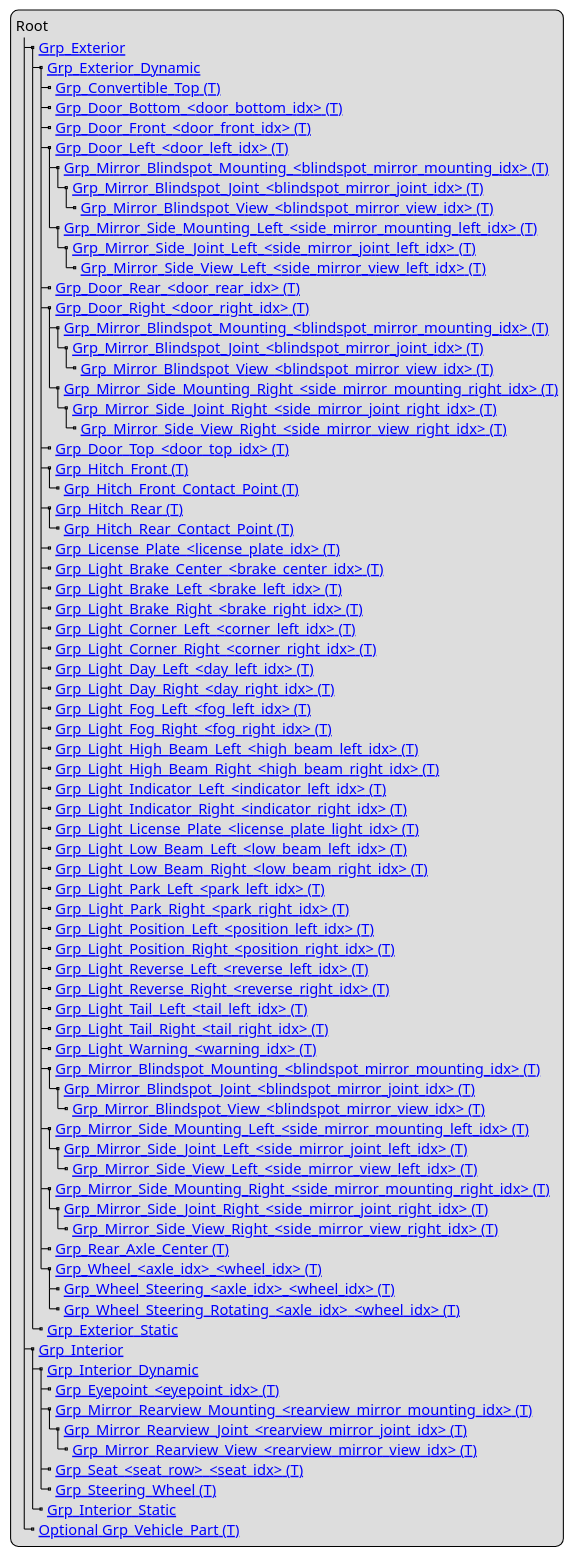
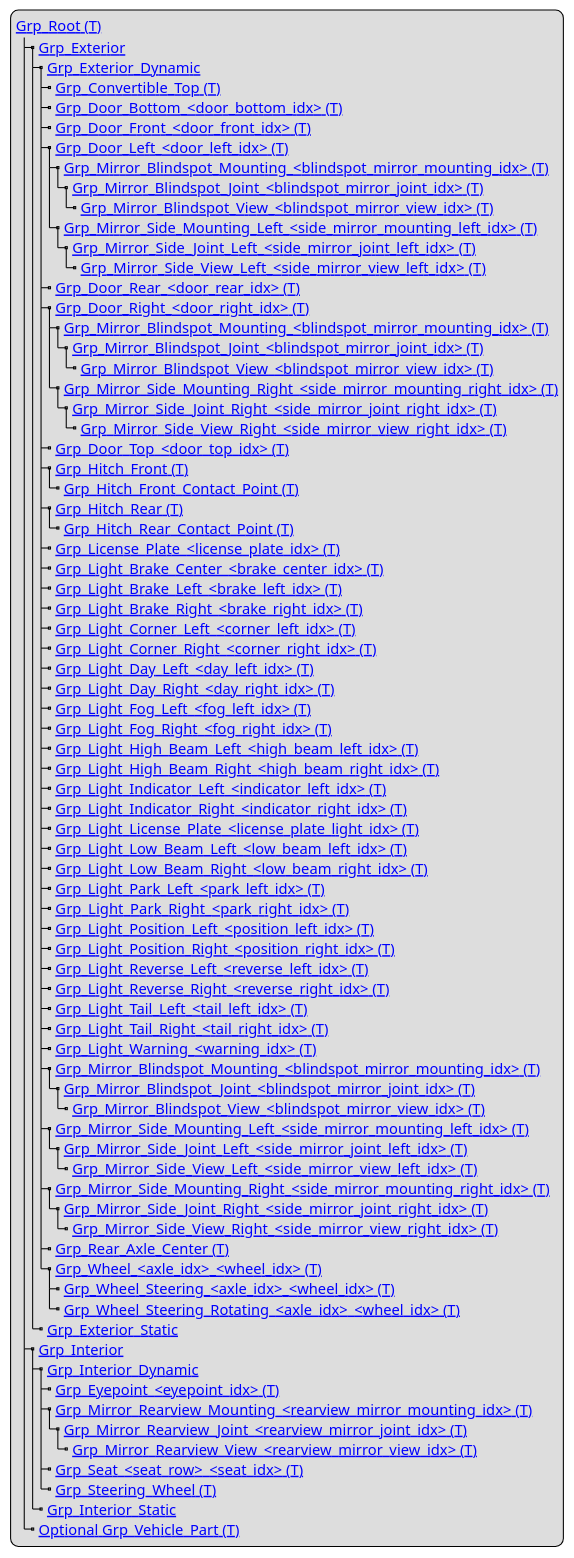
Before and after one commit to asam-ev/OpenMATERIAL: the diagram in content/geometry/object-vehicle/vehicle-structure.adoc, drawn with PlantUML.

Commit message:
Add grp root to structure

```diff
--- a/content/geometry/object-vehicle/vehicle-structure.adoc
+++ b/content/geometry/object-vehicle/vehicle-structure.adoc
@@ -9,81 +9,81 @@
 [plantuml]
 ----
 legend
-Root
+[[../geometry/object-vehicle/vehicle-index.html#_grp_root_t Grp_Root (T)]]
 |_ [[../geometry/object-vehicle/vehicle-index.html#_grp_exterior Grp_Exterior]]
   |_ [[../geometry/object-vehicle/vehicle-index.html#_grp_exterior_dynamic Grp_Exterior_Dynamic]]
     |_ [[../geometry/object-vehicle/vehicle-index.html#_grp_convertible_top Grp_Convertible_Top (T)]]
     |_ [[../geometry/object-vehicle/vehicle-index.html#_grp_door_bottom_door_bottom_idx Grp_Door_Bottom_<door_bottom_idx> (T)]]
     |_ [[../geometry/object-vehicle/vehicle-index.html#_grp_door_front_door_front_idx Grp_Door_Front_<door_front_idx> (T)]]
     |_ [[../geometry/object-vehicle/vehicle-index.html#_grp_door_left_door_left_idx Grp_Door_Left_<door_left_idx> (T)]]
       |_ [[../geometry/object-vehicle/vehicle-index.html#_grp_mirror_blindspot_mounting_blindspot_mirror_mounting_idx Grp_Mirror_Blindspot_Mounting_<blindspot_mirror_mounting_idx> (T)]]
         |_ [[../geometry/object-vehicle/vehicle-index.html#_grp_mirror_blindspot_joint_blindspot_mirror_joint_idx Grp_Mirror_Blindspot_Joint_<blindspot_mirror_joint_idx> (T)]]
           |_ [[../geometry/object-vehicle/vehicle-index.html#_grp_mirror_blindspot_view_blindspot_mirror_view_idx Grp_Mirror_Blindspot_View_<blindspot_mirror_view_idx> (T)]]
       |_ [[../geometry/object-vehicle/vehicle-index.html#_grp_mirror_side_mounting_left_side_mirror_mounting_left_idx Grp_Mirror_Side_Mounting_Left_<side_mirror_mounting_left_idx> (T)]]
         |_ [[../geometry/object-vehicle/vehicle-index.html#_grp_mirror_side_joint_left_side_mirror_joint_left_idx Grp_Mirror_Side_Joint_Left_<side_mirror_joint_left_idx>  (T)]]
           |_ [[../geometry/object-vehicle/vehicle-index.html#_grp_mirror_side_view_left_side_mirror_view_left_idx Grp_Mirror_Side_View_Left_<side_mirror_view_left_idx>  (T)]]
     |_ [[../geometry/object-vehicle/vehicle-index.html#_grp_door_rear_door_rear_idx Grp_Door_Rear_<door_rear_idx> (T)]]
     |_ [[../geometry/object-vehicle/vehicle-index.html#_grp_door_right_door_right_idx Grp_Door_Right_<door_right_idx> (T)]]
       |_ [[../geometry/object-vehicle/vehicle-index.html#_grp_mirror_blindspot_mounting_blindspot_mirror_mounting_idx Grp_Mirror_Blindspot_Mounting_<blindspot_mirror_mounting_idx> (T)]]
         |_ [[../geometry/object-vehicle/vehicle-index.html#_grp_mirror_blindspot_joint_blindspot_mirror_joint_idx Grp_Mirror_Blindspot_Joint_<blindspot_mirror_joint_idx> (T)]]
           |_ [[../geometry/object-vehicle/vehicle-index.html#_grp_mirror_blindspot_view_blindspot_mirror_view_idx Grp_Mirror_Blindspot_View_<blindspot_mirror_view_idx> (T)]]
       |_ [[../geometry/object-vehicle/vehicle-index.html#_grp_mirror_side_mounting_right_side_mirror_mounting_right_idx Grp_Mirror_Side_Mounting_Right_<side_mirror_mounting_right_idx> (T)]]
         |_ [[../geometry/object-vehicle/vehicle-index.html#_grp_mirror_side_joint_right_side_mirror_joint_right_idx Grp_Mirror_Side_Joint_Right_<side_mirror_joint_right_idx>  (T)]]
           |_ [[../geometry/object-vehicle/vehicle-index.html#_grp_mirror_side_view_right_side_mirror_view_right_idx Grp_Mirror_Side_View_Right_<side_mirror_view_right_idx>  (T)]]
     |_ [[../geometry/object-vehicle/vehicle-index.html#_grp_door_top_door_top_idx Grp_Door_Top_<door_top_idx> (T)]]
     |_ [[../geometry/object-vehicle/vehicle-index.html#_grp_hitch_front Grp_Hitch_Front (T)]]
       |_ [[../geometry/object-vehicle/vehicle-index.html#_grp_hitch_front_contact_point Grp_Hitch_Front_Contact_Point (T)]]
     |_ [[../geometry/object-vehicle/vehicle-index.html#_grp_hitch_rear Grp_Hitch_Rear (T)]]
       |_ [[../geometry/object-vehicle/vehicle-index.html#_grp_hitch_rear_contact_point Grp_Hitch_Rear_Contact_Point (T)]]
     |_ [[../geometry/object-vehicle/vehicle-index.html#_grp_license_plate_license_plate_idx Grp_License_Plate_<license_plate_idx> (T)]]
     |_ [[../geometry/object-vehicle/vehicle-index.html#_grp_light_brake_center_brake_center_idx Grp_Light_Brake_Center_<brake_center_idx> (T)]]
     |_ [[../geometry/object-vehicle/vehicle-index.html#_grp_light_brake_left_brake_left_idx Grp_Light_Brake_Left_<brake_left_idx> (T)]]
     |_ [[../geometry/object-vehicle/vehicle-index.html#_grp_light_brake_right_brake_right_idx Grp_Light_Brake_Right_<brake_right_idx> (T)]]
     |_ [[../geometry/object-vehicle/vehicle-index.html#_grp_light_corner_left_corner_left_idx Grp_Light_Corner_Left_<corner_left_idx> (T)]]
     |_ [[../geometry/object-vehicle/vehicle-index.html#_grp_light_corner_right_corner_right_idx Grp_Light_Corner_Right_<corner_right_idx> (T)]]
     |_ [[../geometry/object-vehicle/vehicle-index.html#_grp_light_day_left_day_left_idx Grp_Light_Day_Left_<day_left_idx> (T)]]
     |_ [[../geometry/object-vehicle/vehicle-index.html#_grp_light_day_right_day_right_idx Grp_Light_Day_Right_<day_right_idx> (T)]]
     |_ [[../geometry/object-vehicle/vehicle-index.html#_grp_light_fog_left_fog_left_idx Grp_Light_Fog_Left_<fog_left_idx> (T)]]
     |_ [[../geometry/object-vehicle/vehicle-index.html#_grp_light_fog_right_fog_right_idx Grp_Light_Fog_Right_<fog_right_idx> (T)]]
     |_ [[../geometry/object-vehicle/vehicle-index.html#_grp_light_high_beam_left_high_beam_left_idx Grp_Light_High_Beam_Left_<high_beam_left_idx> (T)]]
     |_ [[../geometry/object-vehicle/vehicle-index.html#_grp_light_high_beam_right_high_beam_right_idx Grp_Light_High_Beam_Right_<high_beam_right_idx> (T)]]
     |_ [[../geometry/object-vehicle/vehicle-index.html#_grp_light_indicator_left_indicator_left_idx Grp_Light_Indicator_Left_<indicator_left_idx> (T)]]
     |_ [[../geometry/object-vehicle/vehicle-index.html#_grp_light_indicator_right_indicator_right_idx Grp_Light_Indicator_Right_<indicator_right_idx> (T)]]
     |_ [[../geometry/object-vehicle/vehicle-index.html#_grp_light_license_plate_license_plate_light_idx Grp_Light_License_Plate_<license_plate_light_idx> (T)]]
     |_ [[../geometry/object-vehicle/vehicle-index.html#_grp_light_low_beam_left_low_beam_left_idx Grp_Light_Low_Beam_Left_<low_beam_left_idx> (T)]]
     |_ [[../geometry/object-vehicle/vehicle-index.html#_grp_light_low_beam_right_low_beam_right_idx Grp_Light_Low_Beam_Right_<low_beam_right_idx> (T)]]
     |_ [[../geometry/object-vehicle/vehicle-index.html#_grp_light_park_left_park_left_idx Grp_Light_Park_Left_<park_left_idx> (T)]]
     |_ [[../geometry/object-vehicle/vehicle-index.html#_grp_light_park_right_park_right_idx Grp_Light_Park_Right_<park_right_idx>  (T)]]
     |_ [[../geometry/object-vehicle/vehicle-index.html#_grp_light_position_left_position_left_idx Grp_Light_Position_Left_<position_left_idx> (T)]]
     |_ [[../geometry/object-vehicle/vehicle-index.html#_grp_light_position_right_position_right_idx Grp_Light_Position_Right_<position_right_idx> (T)]]
     |_ [[../geometry/object-vehicle/vehicle-index.html#_grp_light_reverse_left_reverse_left_idx Grp_Light_Reverse_Left_<reverse_left_idx> (T)]]
     |_ [[../geometry/object-vehicle/vehicle-index.html#_grp_light_reverse_right_reverse_right_idx Grp_Light_Reverse_Right_<reverse_right_idx> (T)]]
     |_ [[../geometry/object-vehicle/vehicle-index.html#_grp_light_tail_left_tail_left_idx Grp_Light_Tail_Left_<tail_left_idx> (T)]]
     |_ [[../geometry/object-vehicle/vehicle-index.html#_grp_light_tail_right_tail_right_idx Grp_Light_Tail_Right_<tail_right_idx> (T)]]
     |_ [[../geometry/object-vehicle/vehicle-index.html#_grp_light_warning_warning_idx Grp_Light_Warning_<warning_idx> (T)]]
     |_ [[../geometry/object-vehicle/vehicle-index.html#_grp_mirror_blindspot_mounting_blindspot_mirror_mounting_idx Grp_Mirror_Blindspot_Mounting_<blindspot_mirror_mounting_idx> (T)]]
       |_ [[../geometry/object-vehicle/vehicle-index.html#_grp_mirror_blindspot_joint_blindspot_mirror_joint_idx Grp_Mirror_Blindspot_Joint_<blindspot_mirror_joint_idx> (T)]]
         |_ [[../geometry/object-vehicle/vehicle-index.html#_grp_mirror_blindspot_view_blindspot_mirror_view_idx Grp_Mirror_Blindspot_View_<blindspot_mirror_view_idx> (T)]]
     |_ [[../geometry/object-vehicle/vehicle-index.html#_grp_mirror_side_mounting_left_side_mirror_mounting_left_idx Grp_Mirror_Side_Mounting_Left_<side_mirror_mounting_left_idx> (T)]]
       |_ [[../geometry/object-vehicle/vehicle-index.html#_grp_mirror_side_joint_left_side_mirror_joint_left_idx Grp_Mirror_Side_Joint_Left_<side_mirror_joint_left_idx>  (T)]]
         |_ [[../geometry/object-vehicle/vehicle-index.html#_grp_mirror_side_view_left_side_mirror_view_left_idx Grp_Mirror_Side_View_Left_<side_mirror_view_left_idx>  (T)]]
     |_ [[../geometry/object-vehicle/vehicle-index.html#_grp_mirror_side_mounting_right_side_mirror_mounting_right_idx Grp_Mirror_Side_Mounting_Right_<side_mirror_mounting_right_idx> (T)]]
       |_ [[../geometry/object-vehicle/vehicle-index.html#_grp_mirror_side_joint_right_side_mirror_joint_right_idx Grp_Mirror_Side_Joint_Right_<side_mirror_joint_right_idx>  (T)]]
         |_ [[../geometry/object-vehicle/vehicle-index.html#_grp_mirror_side_view_right_side_mirror_view_right_idx Grp_Mirror_Side_View_Right_<side_mirror_view_right_idx>  (T)]]
     |_ [[../geometry/object-vehicle/vehicle-index.html#_grp_rear_axle_center Grp_Rear_Axle_Center (T)]]
     |_ [[../geometry/object-vehicle/vehicle-index.html#_grp_wheel_axle_idx_wheel_idx Grp_Wheel_<axle_idx>_<wheel_idx> (T)]]
       |_ [[../geometry/object-vehicle/vehicle-index.html#_grp_wheel_steering_axle_idx_wheel_idx Grp_Wheel_Steering_<axle_idx>_<wheel_idx> (T)]]
       |_ [[../geometry/object-vehicle/vehicle-index.html#_grp_wheel_steering_rotating_axle_idx_wheel_idx Grp_Wheel_Steering_Rotating_<axle_idx>_<wheel_idx> (T)]]
   |_ [[../geometry/object-vehicle/vehicle-index.html#_grp_exterior_static Grp_Exterior_Static]]
 |_ [[../geometry/object-vehicle/vehicle-index.html#_grp_interior Grp_Interior]]
   |_ [[../geometry/object-vehicle/vehicle-index.html#_grp_interior_dynamic Grp_Interior_Dynamic]]
     |_ [[../geometry/object-vehicle/vehicle-index.html#_grp_eyepoint_eyepoint_idx Grp_Eyepoint_<eyepoint_idx> (T)]]
     |_ [[../geometry/object-vehicle/vehicle-index.html#_grp_mirror_rearview_mounting_rearview_mirror_mounting_idx Grp_Mirror_Rearview_Mounting_<rearview_mirror_mounting_idx> (T)]]
       |_ [[../geometry/object-vehicle/vehicle-index.html#_grp_mirror_rearview_joint_rearview_mirror_joint_idx Grp_Mirror_Rearview_Joint_<rearview_mirror_joint_idx> (T)]]
         |_ [[../geometry/object-vehicle/vehicle-index.html#_grp_mirror_rearview_view_rearview_mirror_view_idx Grp_Mirror_Rearview_View_<rearview_mirror_view_idx> (T)]]
     |_ [[../geometry/object-vehicle/vehicle-index.html#_grp_seat_seat_row_seat_idx Grp_Seat_<seat_row>_<seat_idx> (T)]]
     |_ [[../geometry/object-vehicle/vehicle-index.html#_grp_steering_wheel Grp_Steering_Wheel (T)]]
   |_ [[../geometry/object-vehicle/vehicle-index.html#_grp_interior_static Grp_Interior_Static]]
 |_ [[../geometry/object-vehicle/vehicle-index.html#_grp_vehicle_part Optional Grp_Vehicle_Part (T)]]
 end legend
 ----
```
